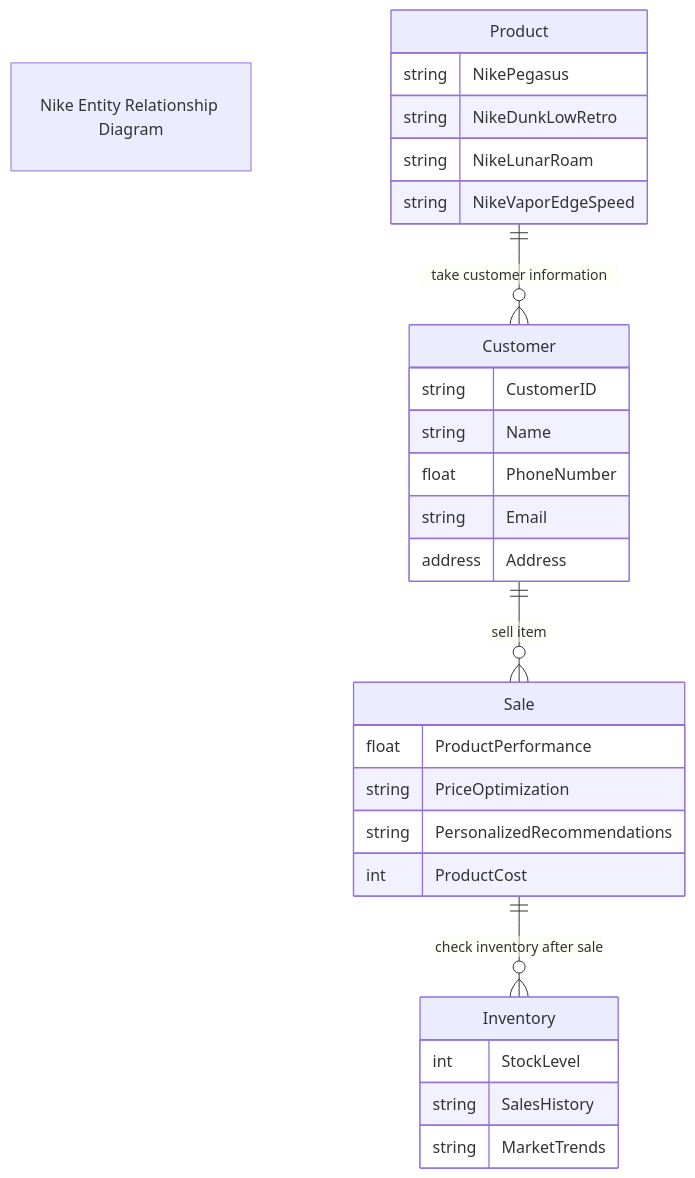
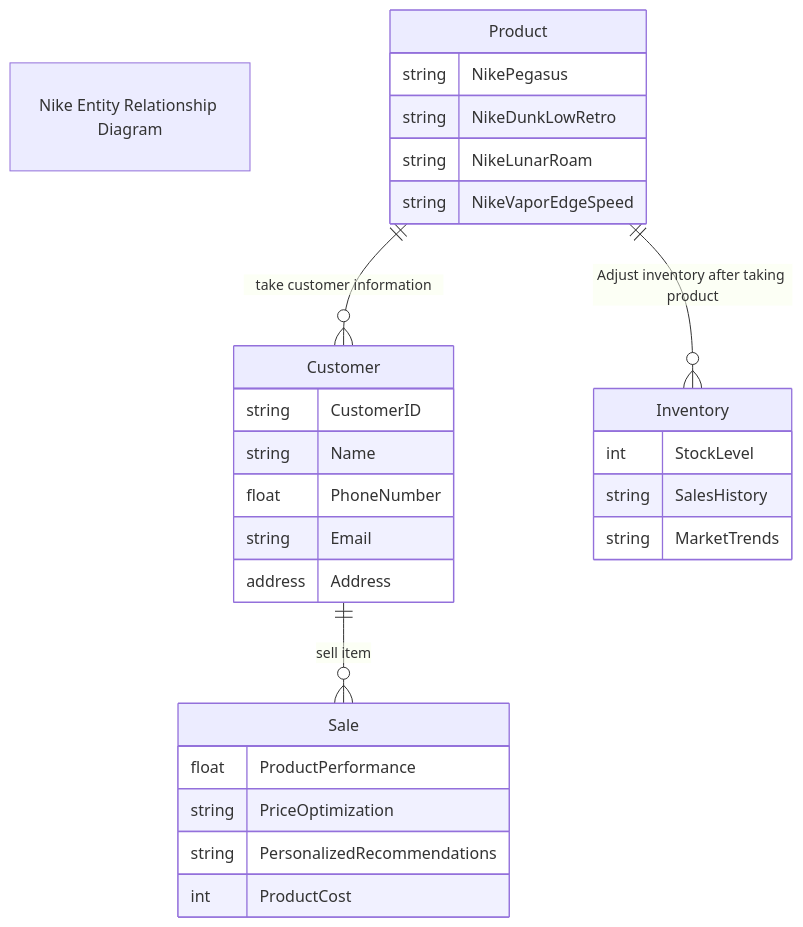
The diagram in NikeStore_ERD.md (JordanDuncan5/Nike-Store-ERD), drawn with Mermaid before and after one commit.

````diff
--- a/NikeStore_ERD.md
+++ b/NikeStore_ERD.md
@@ -1,38 +1,38 @@
 ```mermaid
 
 erDiagram
 
 "Nike Entity Relationship Diagram"
 
     Product ||--o{ Customer :"take customer information"
+    Product ||--o{ Inventory :"Adjust inventory after taking product"
     Product{
         string NikePegasus
         string NikeDunkLowRetro
         string NikeLunarRoam
         string NikeVaporEdgeSpeed
     }
     
     Customer ||--o{ Sale :"sell item"
     Customer{
         string CustomerID
         string Name
         float PhoneNumber
         string Email
         address Address
     }
     
-    Sale ||--o{ Inventory :"check inventory after sale"
     Sale{
         float ProductPerformance
         string PriceOptimization
         string PersonalizedRecommendations
         int ProductCost
     }
     
     Inventory{
         int StockLevel
         string SalesHistory
         string MarketTrends
     }
 
 ```
````
